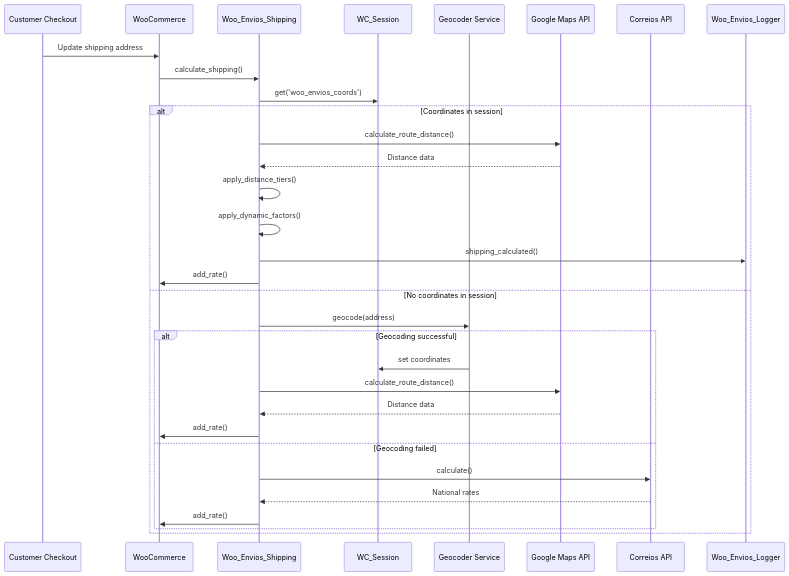
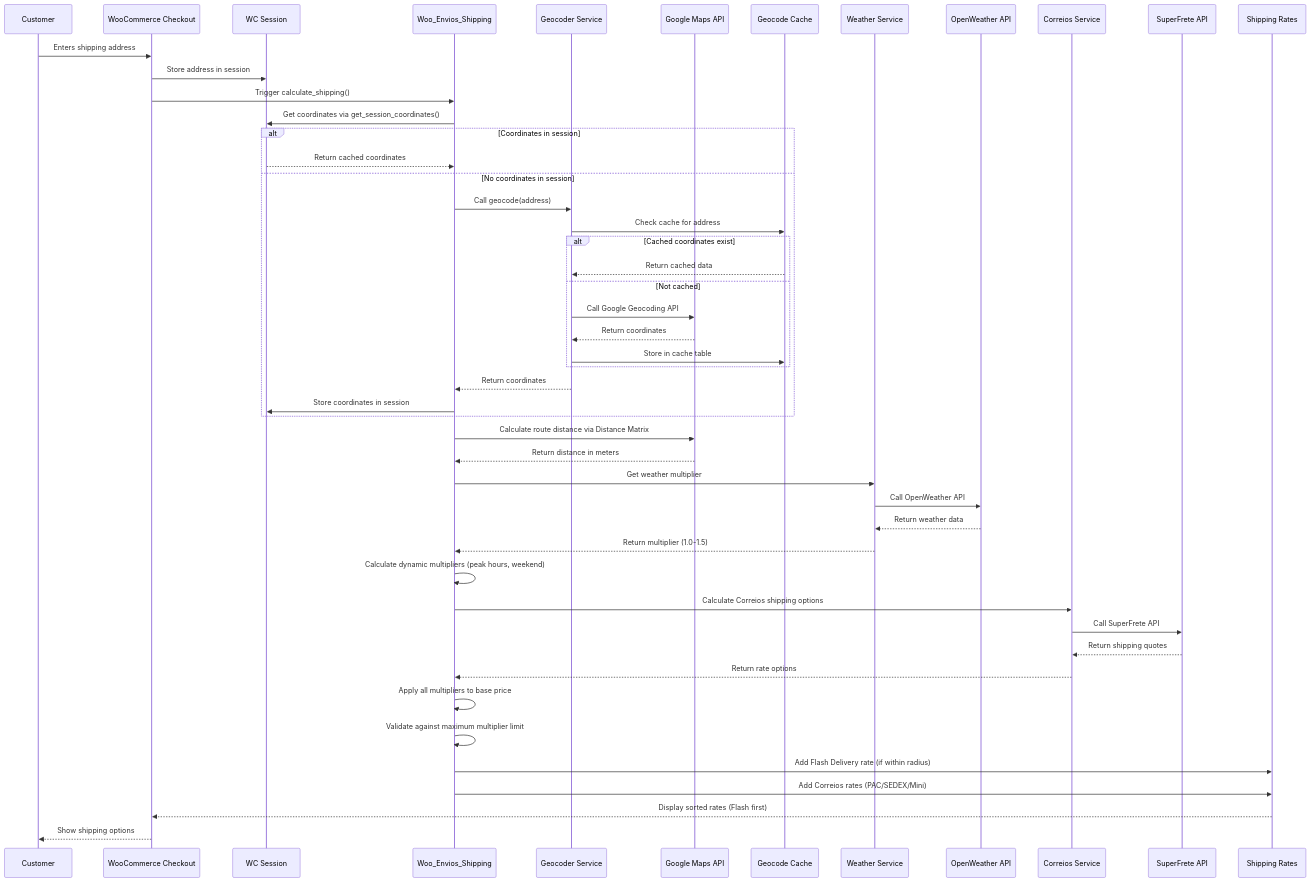
One commit to gustavofullstack/Woo_envios changed the third of 4 diagrams in docs/ARCHITECTURE.md. Above: the diagram before and after it, drawn with Mermaid. The commit also changed other lines of this file and 6 other files, not shown here.

````diff
--- a/docs/ARCHITECTURE.md
+++ b/docs/ARCHITECTURE.md
@@ -188,36 +287,60 @@
 ```mermaid
 sequenceDiagram
-    participant Customer as Customer Checkout
-    participant WC as WooCommerce
+    participant Customer
+    participant Checkout as WooCommerce Checkout
+    participant Session as WC Session
     participant Shipping as Woo_Envios_Shipping
-    participant Session as WC_Session
     participant Geocoder as Geocoder Service
-    participant Google as Google Maps API
-    participant Correios as Correios API
-    participant Logger as Woo_Envios_Logger
+    participant GMaps as Google Maps API
+    participant Cache as Geocode Cache
+    participant Weather as Weather Service
+    participant OW as OpenWeather API
+    participant Correios as Correios Service
+    participant SF as SuperFrete API
+    participant Rates as Shipping Rates
+
+    Customer->>Checkout: Enters shipping address
+    Checkout->>Session: Store address in session
+    Checkout->>Shipping: Trigger calculate_shipping()
     
-    Customer->>WC: Update shipping address
-    WC->>Shipping: calculate_shipping()
-    Shipping->>Session: get('woo_envios_coords')
+    Shipping->>Session: Get coordinates via get_session_coordinates()
+    alt Coordinates in session
+        Session-->>Shipping: Return cached coordinates
+    else No coordinates in session
+        Shipping->>Geocoder: Call geocode(address)
+        Geocoder->>Cache: Check cache for address
+        alt Cached coordinates exist
+            Cache-->>Geocoder: Return cached data
+        else Not cached
+            Geocoder->>GMaps: Call Google Geocoding API
+            GMaps-->>Geocoder: Return coordinates
+            Geocoder->>Cache: Store in cache table
+        end
+        Geocoder-->>Shipping: Return coordinates
+        Shipping->>Session: Store coordinates in session
+    end
     
-    alt Coordinates in session
-        Shipping->>Google: calculate_route_distance()
-        Google-->>Shipping: Distance data
-        Shipping->>Shipping: apply_distance_tiers()
-        Shipping->>Shipping: apply_dynamic_factors()
-        Shipping->>Logger: shipping_calculated()
-        Shipping->>WC: add_rate()
-    else No coordinates in session
-        Shipping->>Geocoder: geocode(address)
-        alt Geocoding successful
-            Geocoder->>Session: set coordinates
-            Shipping->>Google: calculate_route_distance()
-            Google-->>Shipping: Distance data
-            Shipping->>WC: add_rate()
-        else Geocoding failed
-            Shipping->>Correios: calculate()
-            Correios-->>Shipping: National rates
-            Shipping->>WC: add_rate()
-        end
-    end
+    Shipping->>GMaps: Calculate route distance via Distance Matrix
+    GMaps-->>Shipping: Return distance in meters
+    
+    Shipping->>Weather: Get weather multiplier
+    Weather->>OW: Call OpenWeather API
+    OW-->>Weather: Return weather data
+    Weather-->>Shipping: Return multiplier (1.0-1.5)
+    
+    Shipping->>Shipping: Calculate dynamic multipliers (peak hours, weekend)
+    
+    Shipping->>Correios: Calculate Correios shipping options
+    Correios->>SF: Call SuperFrete API
+    SF-->>Correios: Return shipping quotes
+    Correios-->>Shipping: Return rate options
+    
+    Shipping->>Shipping: Apply all multipliers to base price
+    Shipping->>Shipping: Validate against maximum multiplier limit
+    
+    Shipping->>Rates: Add Flash Delivery rate (if within radius)
+    Shipping->>Rates: Add Correios rates (PAC/SEDEX/Mini)
+    
+    Rates-->>Checkout: Display sorted rates (Flash first)
+    Checkout-->>Customer: Show shipping options
 ```
````
